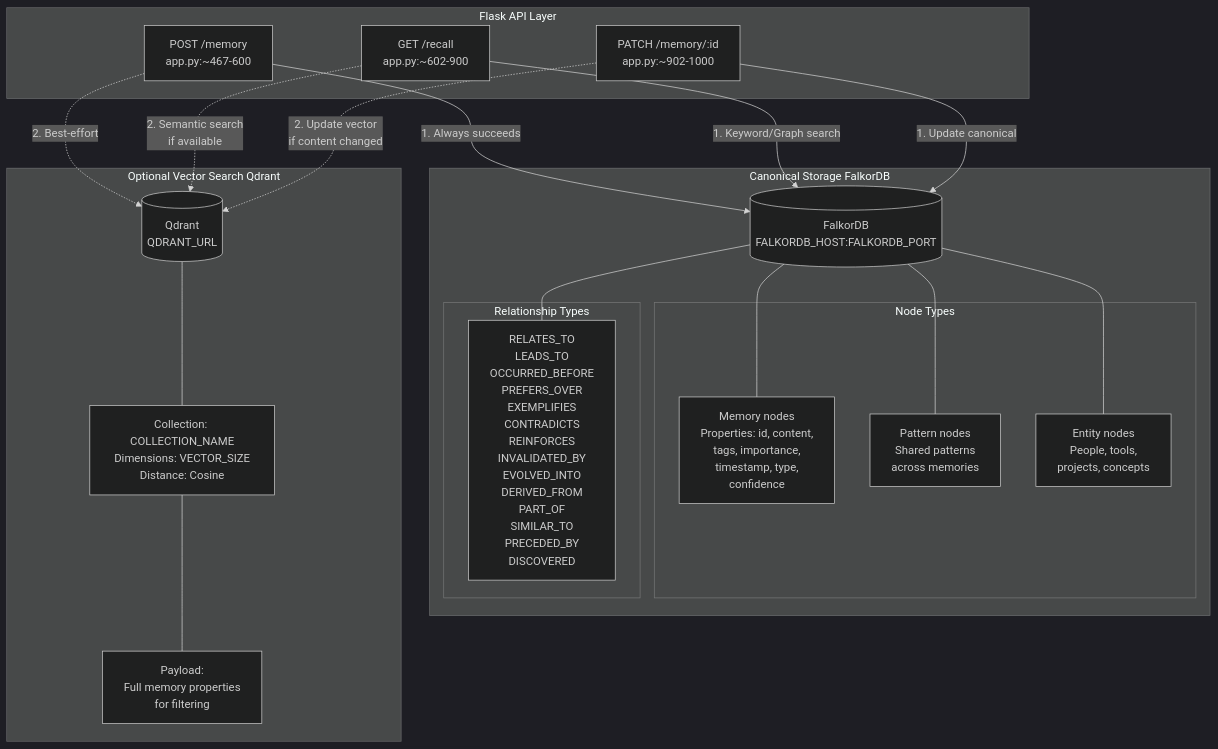
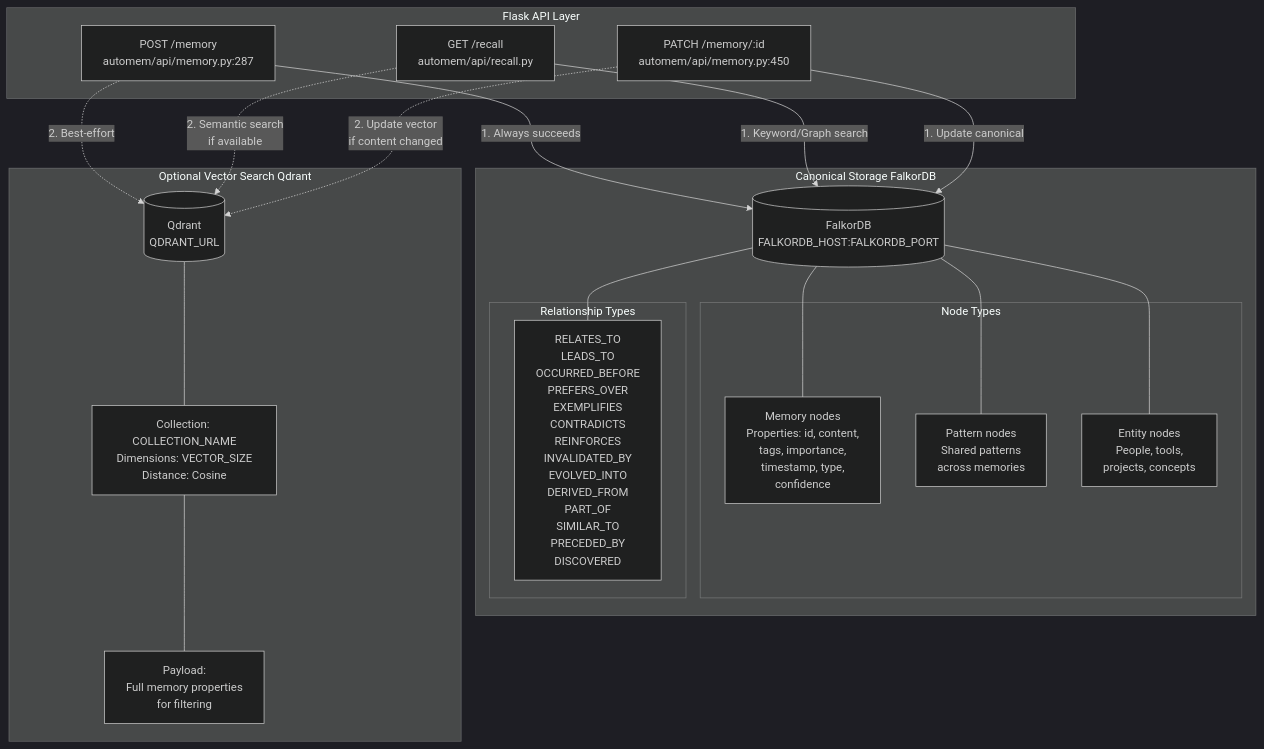
Before and after one commit to verygoodplugins/automem-website: the diagram in src/content/docs/docs/architecture/data-stores.md, drawn with Mermaid (dark theme). The commit also changed other lines of this file, not shown here.

First line of the commit message:
docs: fix drift in Data Stores architecture page (#73)

````diff
--- a/src/content/docs/docs/architecture/data-stores.md
+++ b/src/content/docs/docs/architecture/data-stores.md
@@ -29,45 +29,45 @@
 ```mermaid
 graph TB
     subgraph api["Flask API Layer"]
-        StoreMemory["POST /memory<br/>app.py:~467-600"]
-        RecallMemory["GET /recall<br/>app.py:~602-900"]
-        UpdateMemory["PATCH /memory/:id<br/>app.py:~902-1000"]
+        StoreMemory["POST /memory<br/>automem/api/memory.py:287"]
+        RecallMemory["GET /recall<br/>automem/api/recall.py"]
+        UpdateMemory["PATCH /memory/:id<br/>automem/api/memory.py:450"]
     end
 
     subgraph canonical["Canonical Storage FalkorDB"]
         GraphDB[("FalkorDB<br/>FALKORDB_HOST:FALKORDB_PORT")]
 
         subgraph nodes["Node Types"]
             MemoryNode["Memory nodes<br/>Properties: id, content,<br/>tags, importance,<br/>timestamp, type,<br/>confidence"]
             PatternNode["Pattern nodes<br/>Shared patterns<br/>across memories"]
             EntityNode["Entity nodes<br/>People, tools,<br/>projects, concepts"]
         end
 
         subgraph edges["Relationship Types"]
             RelTypes["RELATES_TO<br/>LEADS_TO<br/>OCCURRED_BEFORE<br/>PREFERS_OVER<br/>EXEMPLIFIES<br/>CONTRADICTS<br/>REINFORCES<br/>INVALIDATED_BY<br/>EVOLVED_INTO<br/>DERIVED_FROM<br/>PART_OF<br/>SIMILAR_TO<br/>PRECEDED_BY<br/>DISCOVERED"]
         end
     end
 
     subgraph optional["Optional Vector Search Qdrant"]
         VectorDB[("Qdrant<br/>QDRANT_URL")]
         Collection["Collection: COLLECTION_NAME<br/>Dimensions: VECTOR_SIZE<br/>Distance: Cosine"]
         Payload["Payload:<br/>Full memory properties<br/>for filtering"]
     end
 
     StoreMemory -->|"1. Always succeeds"| GraphDB
     StoreMemory -.->|"2. Best-effort"| VectorDB
 
     RecallMemory -->|"1. Keyword/Graph search"| GraphDB
     RecallMemory -.->|"2. Semantic search<br/>if available"| VectorDB
 
     UpdateMemory -->|"1. Update canonical"| GraphDB
     UpdateMemory -.->|"2. Update vector<br/>if content changed"| VectorDB
 
     GraphDB --- MemoryNode
     GraphDB --- PatternNode
     GraphDB --- EntityNode
     GraphDB --- RelTypes
 
     VectorDB --- Collection
     Collection --- Payload
 ```
````
